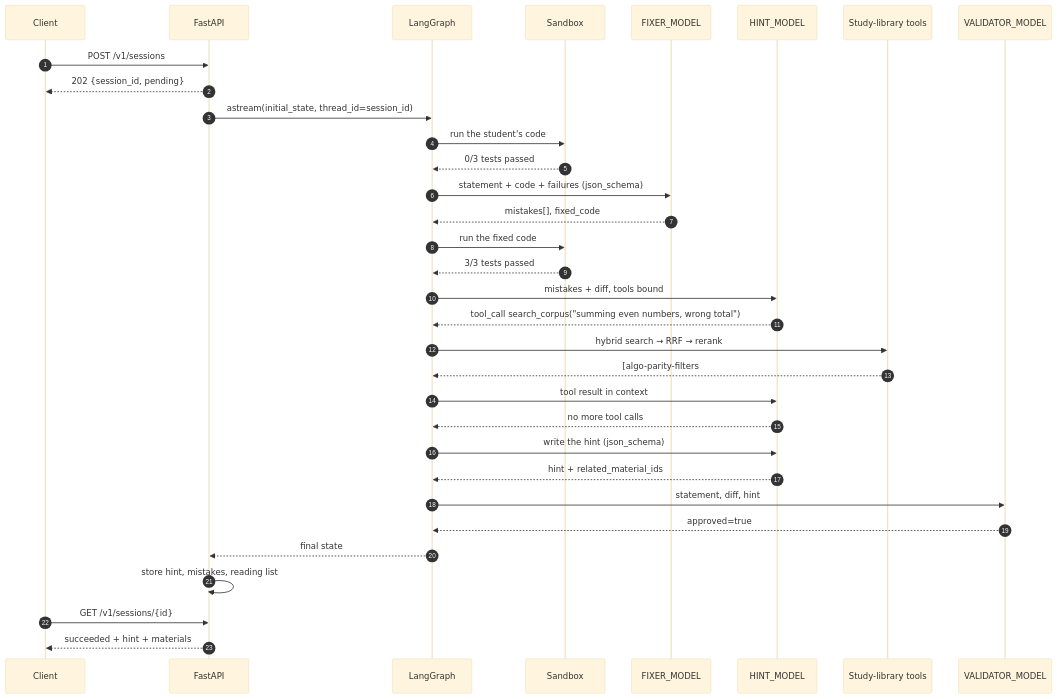
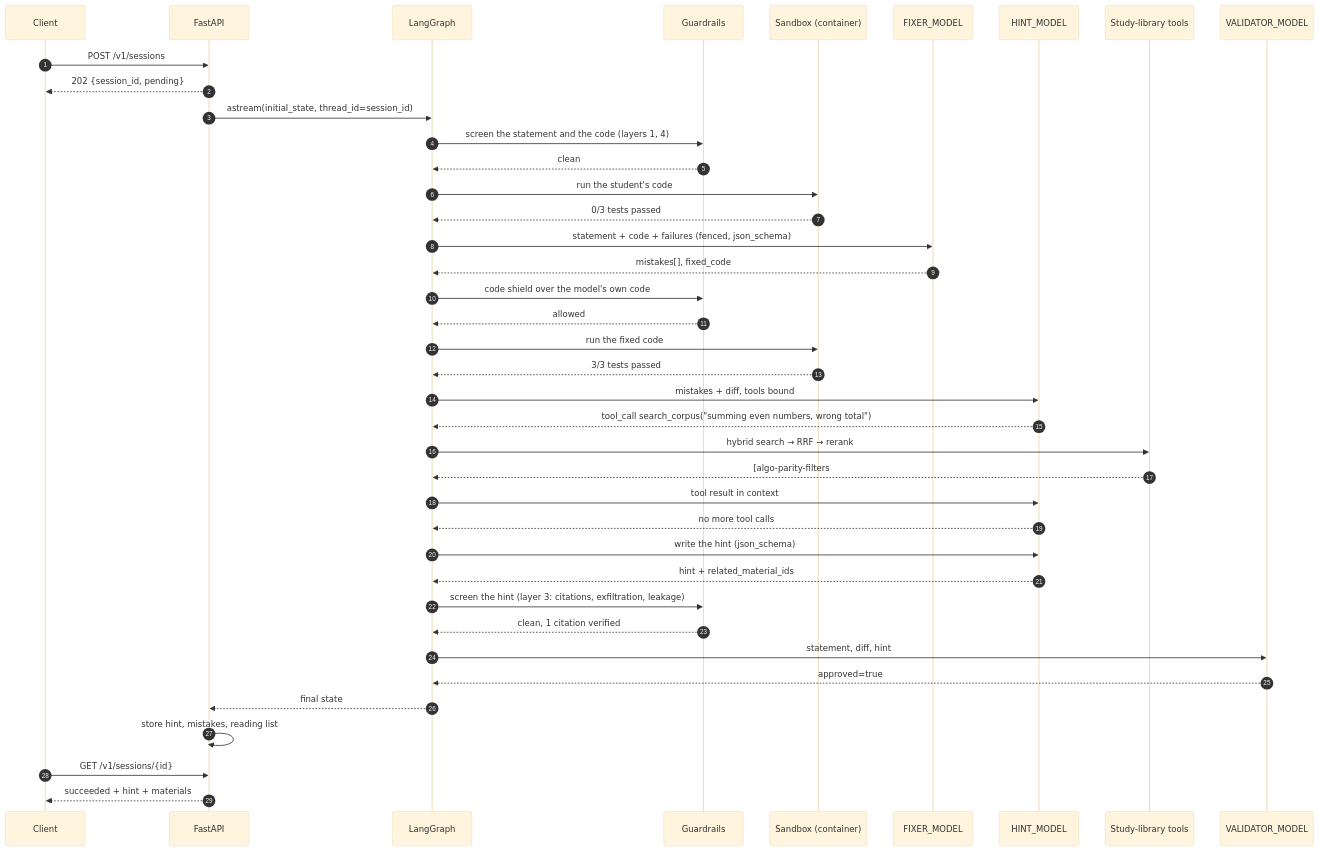
One commit to profoundmentalretardation/problem-helper changed the second of 3 diagrams in README.md. Above: the diagram before and after it, drawn with Mermaid (base theme). The commit also changed other lines of this file and 51 other files, not shown here.

First line of the commit message:
feat: contain code execution, add four guardrail layers and trace everything

````diff
--- a/README.md
+++ b/README.md
@@ -117,36 +148,43 @@
 ```mermaid
 sequenceDiagram
     autonumber
     participant C as Client
     participant API as FastAPI
     participant G as LangGraph
-    participant S as Sandbox
+    participant Gd as Guardrails
+    participant S as Sandbox (container)
     participant F as FIXER_MODEL
     participant H as HINT_MODEL
     participant T as Study-library tools
     participant V as VALIDATOR_MODEL
 
     C->>API: POST /v1/sessions
     API-->>C: 202 {session_id, pending}
     API->>G: astream(initial_state, thread_id=session_id)
+    G->>Gd: screen the statement and the code (layers 1, 4)
+    Gd-->>G: clean
     G->>S: run the student's code
     S-->>G: 0/3 tests passed
-    G->>F: statement + code + failures (json_schema)
+    G->>F: statement + code + failures (fenced, json_schema)
     F-->>G: mistakes[], fixed_code
+    G->>Gd: code shield over the model's own code
+    Gd-->>G: allowed
     G->>S: run the fixed code
     S-->>G: 3/3 tests passed
     G->>H: mistakes + diff, tools bound
     H-->>G: tool_call search_corpus("summing even numbers, wrong total")
     G->>T: hybrid search → RRF → rerank
     T-->>G: [algo-parity-filters#3.0, …]
     G->>H: tool result in context
     H-->>G: no more tool calls
     G->>H: write the hint (json_schema)
     H-->>G: hint + related_material_ids
+    G->>Gd: screen the hint (layer 3: citations, exfiltration, leakage)
+    Gd-->>G: clean, 1 citation verified
     G->>V: statement, diff, hint
     V-->>G: approved=true
     G-->>API: final state
     API->>API: store hint, mistakes, reading list
     C->>API: GET /v1/sessions/{id}
     API-->>C: succeeded + hint + materials
 ```
````
